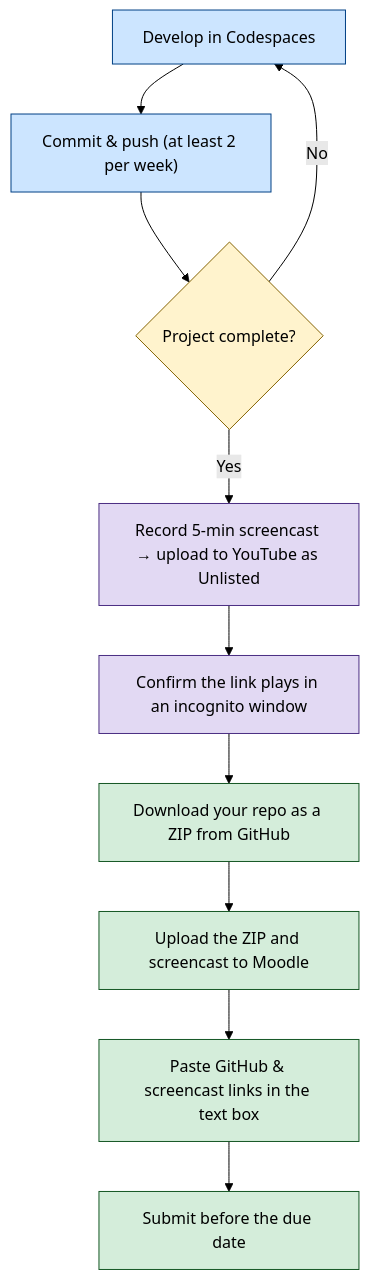
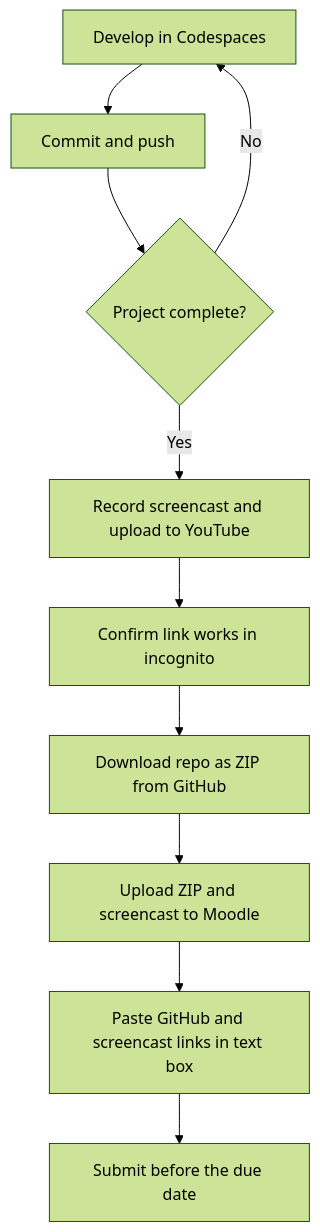
One commit to DanielCreggOrganization/aooc-project-template changed the second of 2 diagrams in project-brief.md. Above: the diagram before and after it, drawn with Mermaid (forest theme). The commit also changed other lines of this file, not shown here.

Commit message:
Refactor mermaid diagrams for clarity and consistency in project brief

````diff
--- a/project-brief.md
+++ b/project-brief.md
@@ -139,21 +130,12 @@
 ```mermaid
-flowchart TD
-    A[Develop in Codespaces] --> B["Commit & push (at least 2 per week)"]
+graph TD
+    A[Develop in Codespaces] --> B[Commit and push]
     B --> C{Project complete?}
     C -->|No| A
-    C -->|Yes| D["Record 5-min screencast → upload to YouTube as Unlisted"]
-    D --> E["Confirm the link plays in an incognito window"]
-    E --> F[Download your repo as a ZIP from GitHub]
-    F --> G[Upload the ZIP and screencast to Moodle]
-    G --> H["Paste GitHub & screencast links in the text box"]
+    C -->|Yes| D[Record screencast and upload to YouTube]
+    D --> E[Confirm link works in incognito]
+    E --> F[Download repo as ZIP from GitHub]
+    F --> G[Upload ZIP and screencast to Moodle]
+    G --> H[Paste GitHub and screencast links in text box]
     H --> I[Submit before the due date]
-
-    classDef dev      fill:#cce5ff,stroke:#004085,color:#000
-    classDef decision fill:#fff3cd,stroke:#856404,color:#000
-    classDef cast     fill:#e2d9f3,stroke:#4b2e83,color:#000
-    classDef submit   fill:#d4edda,stroke:#155724,color:#000
-    class A,B dev
-    class C decision
-    class D,E cast
-    class F,G,H,I submit
 ```
````
